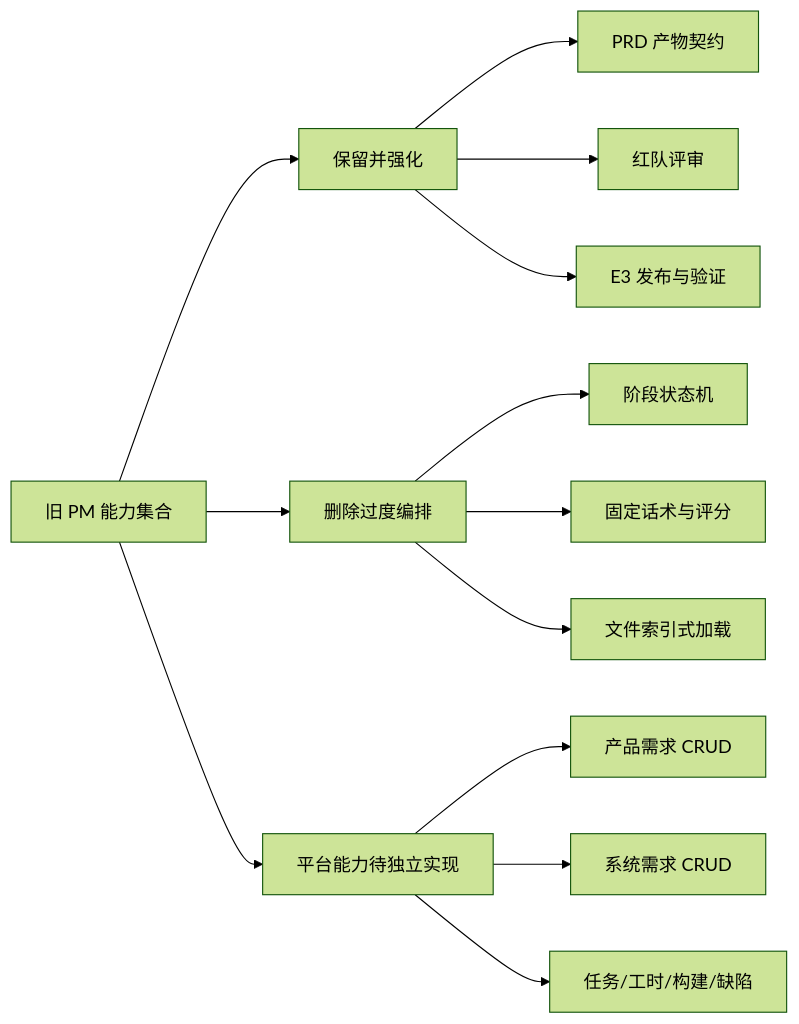
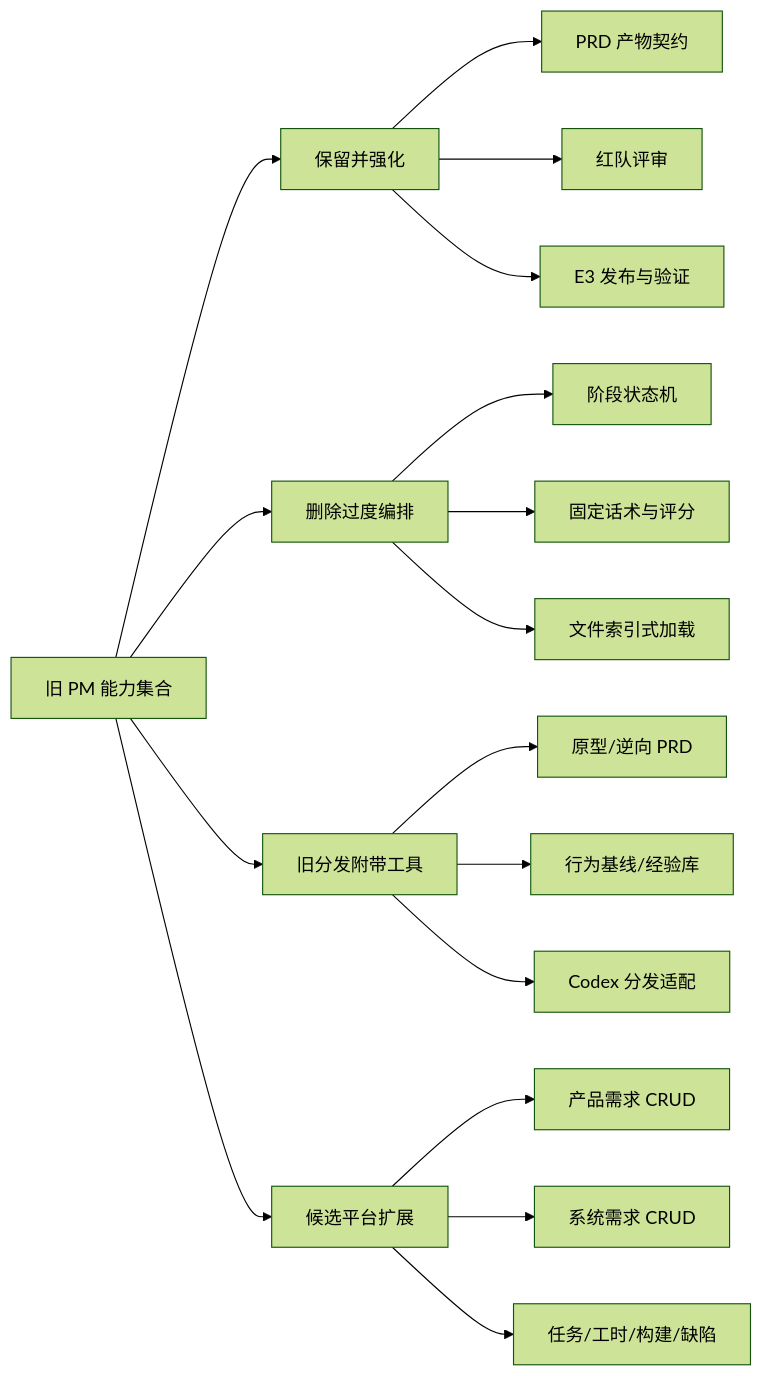
One commit to quanxinwang18-a11y/plainOEC-infra changed the fifth of 5 diagrams in migration.md. Above: the diagram before and after it, drawn with Mermaid (forest theme). The commit also changed other lines of this file, not shown here.

Commit message:
docs: separate bundled tools from platform extensions

````diff
--- a/migration.md
+++ b/migration.md
@@ -418,18 +432,23 @@
 ```mermaid
 flowchart LR
     OLD["旧 PM 能力集合"] --> KEEP["保留并强化"]
     OLD --> REMOVE["删除过度编排"]
-    OLD --> PLATFORM["平台能力待独立实现"]
+    OLD --> BUNDLED["旧分发附带工具"]
+    OLD --> PLATFORM["候选平台扩展"]
 
     KEEP --> K1["PRD 产物契约"]
     KEEP --> K2["红队评审"]
     KEEP --> K3["E3 发布与验证"]
 
     REMOVE --> R1["阶段状态机"]
     REMOVE --> R2["固定话术与评分"]
     REMOVE --> R3["文件索引式加载"]
 
+    BUNDLED --> B1["原型/逆向 PRD"]
+    BUNDLED --> B2["行为基线/经验库"]
+    BUNDLED --> B3["Codex 分发适配"]
+
     PLATFORM --> P1["产品需求 CRUD"]
     PLATFORM --> P2["系统需求 CRUD"]
     PLATFORM --> P3["任务/工时/构建/缺陷"]
 ```
````
